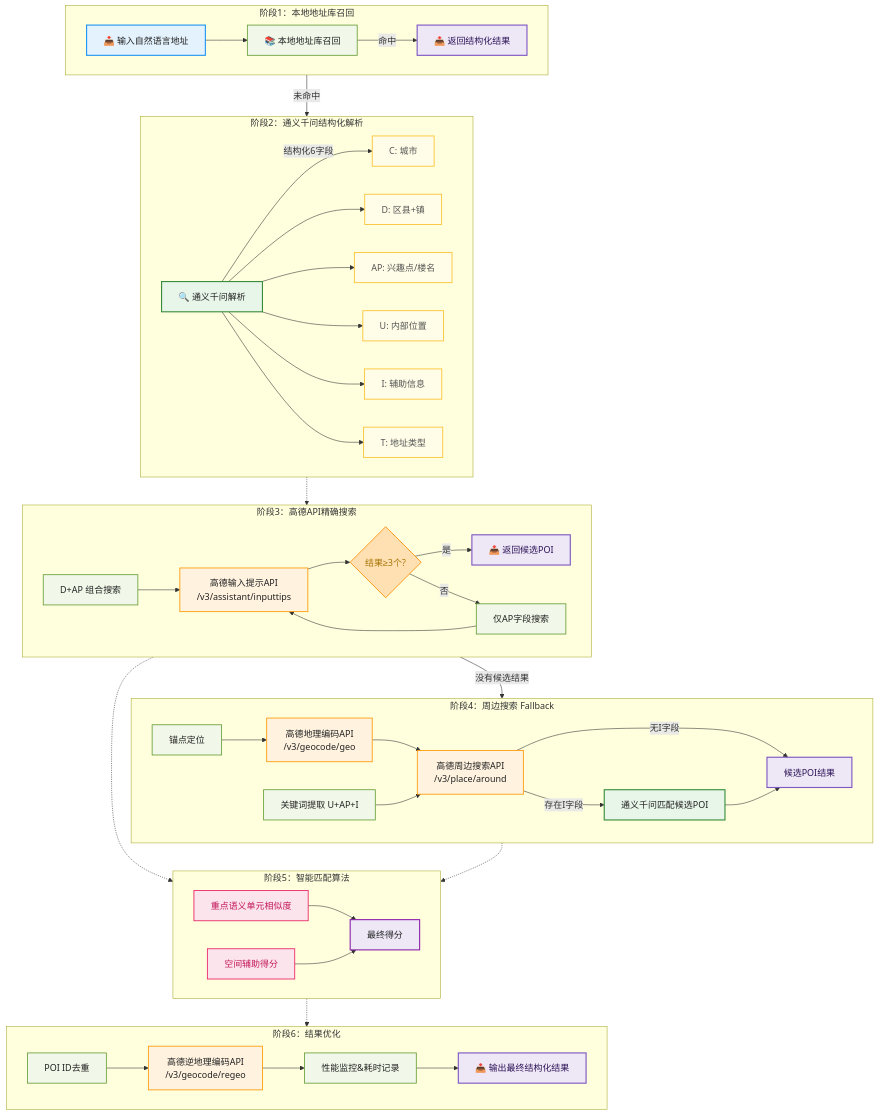
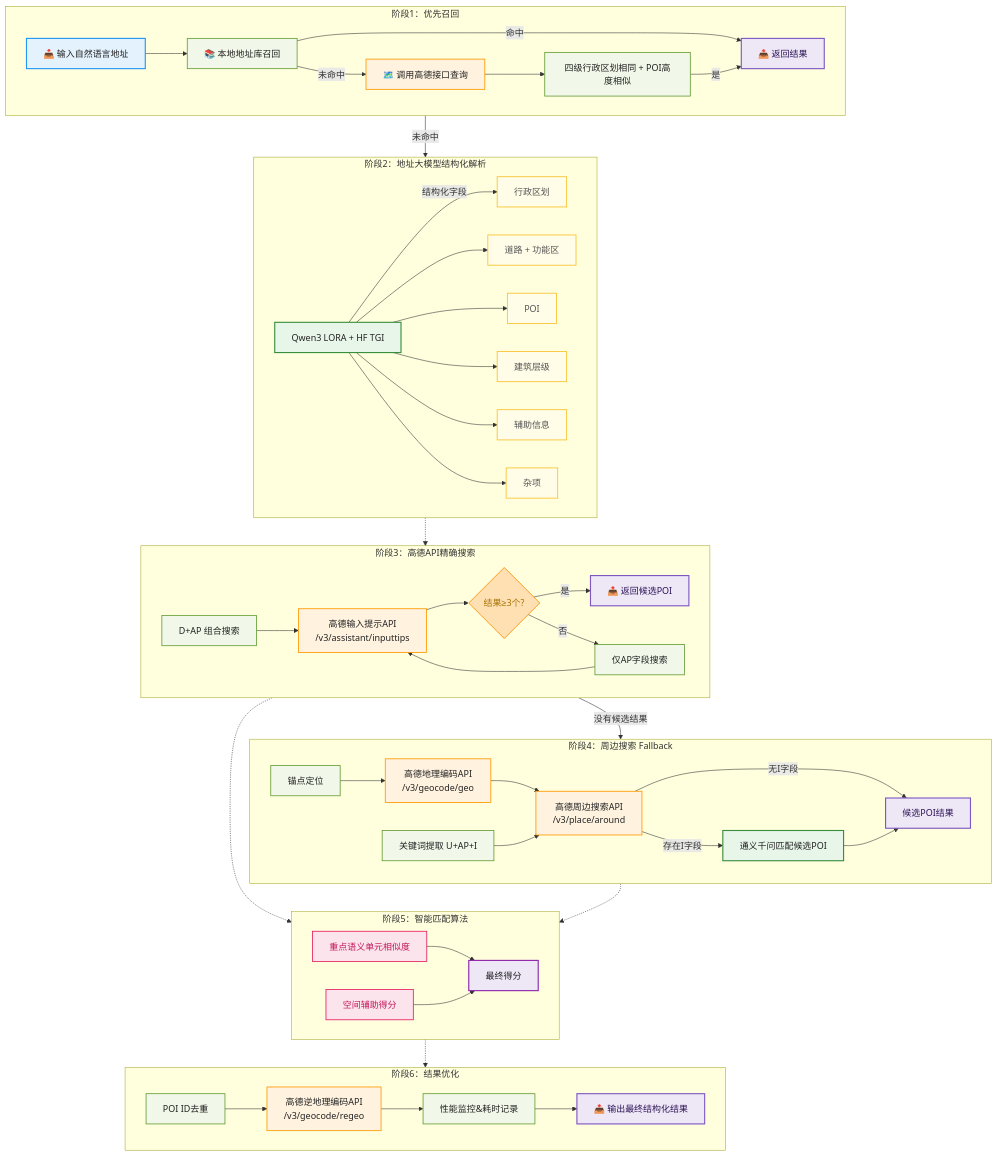
Before and after one commit to Scisaga/addr-resolver: the diagram in readme.md, drawn with Mermaid. The commit also changed other lines of this file and 1 other file, not shown here.

````diff
--- a/readme.md
+++ b/readme.md
@@ -36,22 +61,27 @@
 ```mermaid
 flowchart TD
-    %% ----------- 阶段1：本地地址库召回 -----------
-    subgraph Phase1[阶段1：本地地址库召回]
+    %% ----------- 阶段1：优先召回 -----------
+    subgraph Phase1[阶段1：优先召回]
         direction LR
         A[📥 输入自然语言地址]:::input --> LDB[📚 本地地址库召回]:::proc
         LDB -- 命中 --> OUT1[📤 返回结构化结果]:::output
+
+        %% 召回失败 → 高德查询
+        LDB -- 未命中 --> AMAP[🗺️ 调用高德接口查询]:::api
+        AMAP --> TOP1[四级行政区划相同 + POI高度相似]:::proc
+        TOP1 -- 是 --> OUT1[📤 返回结果]:::output
     end
     
     Phase1 -- 未命中 --> Phase2
 
-    %% ----------- 阶段2：通义千问结构化解析 -----------
-    subgraph Phase2[阶段2：通义千问结构化解析]
-        B[🔍 通义千问解析]:::llm -->|结构化6字段| B1[C: 城市]:::field
-        B --> B2[D: 区县+镇]:::field
-        B --> B3[AP: 兴趣点/楼名]:::field
-        B --> B4[U: 内部位置]:::field
-        B --> B5[I: 辅助信息]:::field
-        B --> B6[T: 地址类型]:::field
+    %% ----------- 阶段2：地址大模型结解析 -----------
+    subgraph Phase2[阶段2：地址大模型结构化解析]
+        B[Qwen3 LORA + HF TGI]:::llm -->|结构化字段| B1[行政区划]:::field
+        B --> B2[道路 + 功能区]:::field
+        B --> B3[POI]:::field
+        B --> B4[建筑层级]:::field
+        B --> B5[辅助信息]:::field
+        B --> B6[杂项]:::field
     end
 
     Phase2 -.-> Phase3
````
